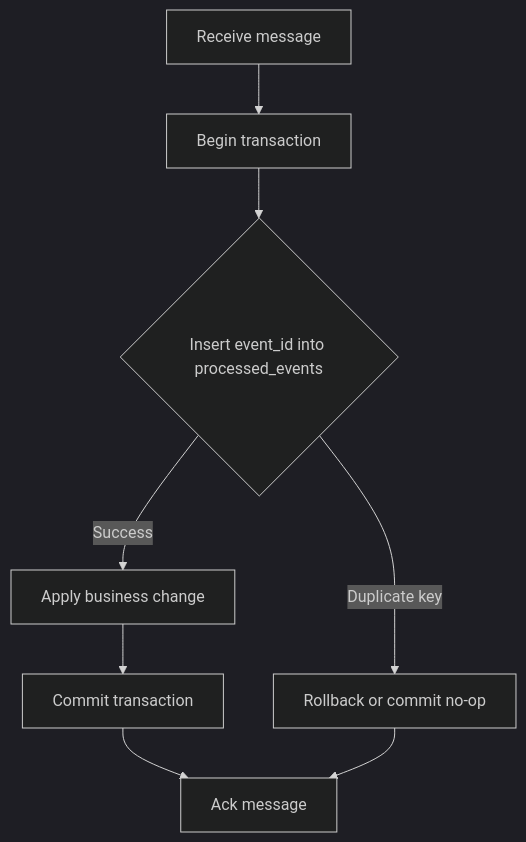
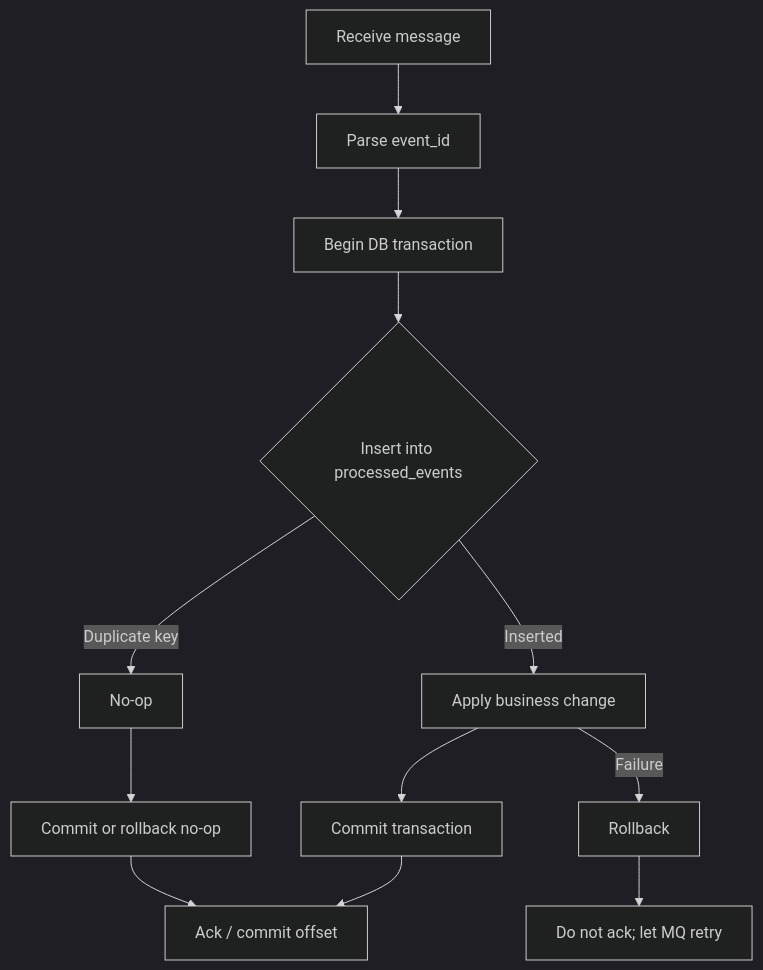
The second of 3 diagrams in docs/messaging/idempotent-consumer.md (AmazingCaddy/readings-backend), drawn with Mermaid (dark theme) before and after one commit. The commit also changed other lines of this file, not shown here.

````diff
--- a/docs/messaging/idempotent-consumer.md
+++ b/docs/messaging/idempotent-consumer.md
@@ -33,10 +63,14 @@
 ```mermaid
 flowchart TD
-    A[Receive message] --> B[Begin transaction]
-    B --> C{Insert event_id into processed_events}
-    C -->|Success| D[Apply business change]
-    D --> E[Commit transaction]
-    E --> F[Ack message]
-    C -->|Duplicate key| G[Rollback or commit no-op]
-    G --> F
+    A[Receive message] --> B[Parse event_id]
+    B --> C[Begin DB transaction]
+    C --> D{Insert into processed_events}
+    D -->|Inserted| E[Apply business change]
+    E --> F[Commit transaction]
+    F --> G[Ack / commit offset]
+    D -->|Duplicate key| H[No-op]
+    H --> I[Commit or rollback no-op]
+    I --> G
+    E -->|Failure| J[Rollback]
+    J --> K[Do not ack; let MQ retry]
 ```
````
